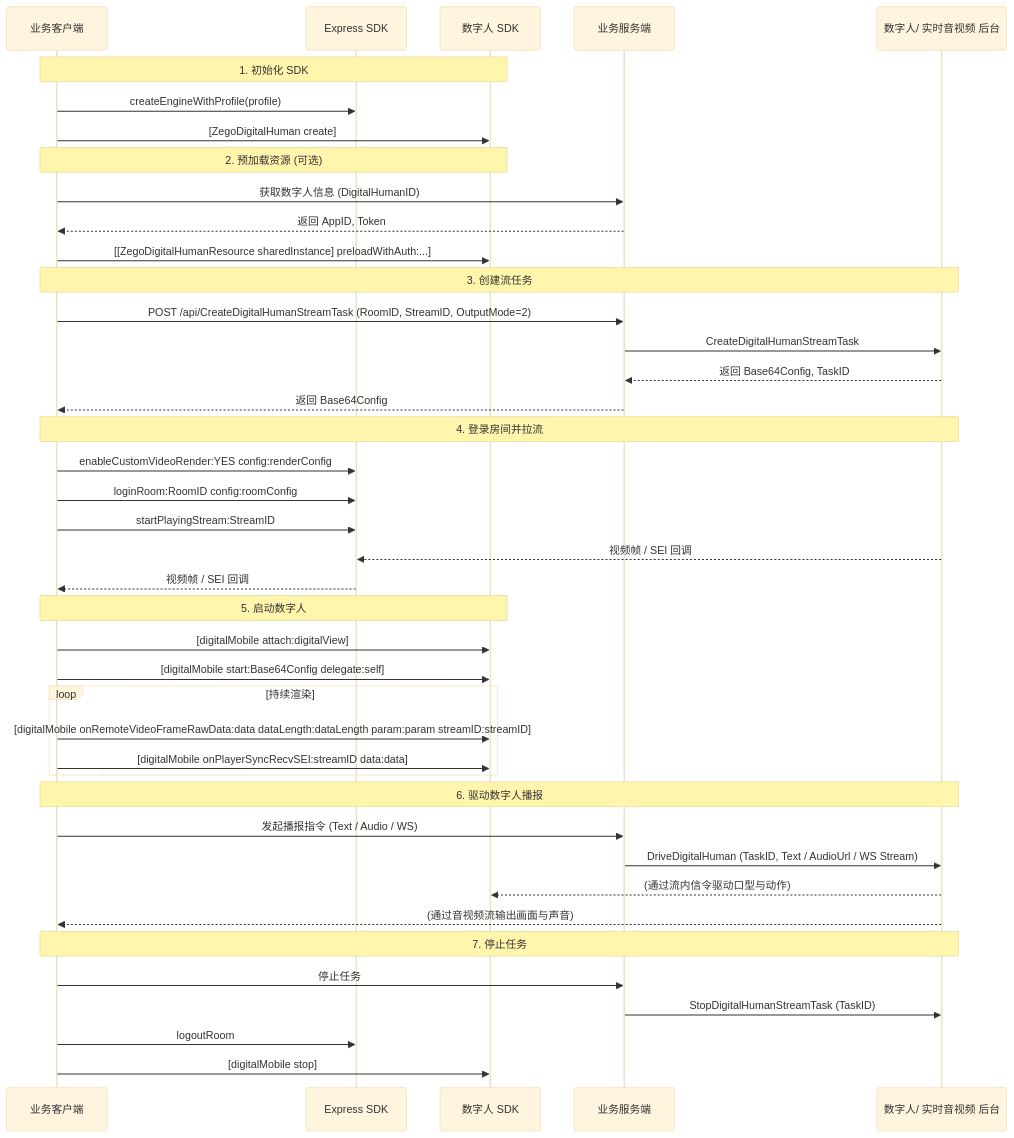
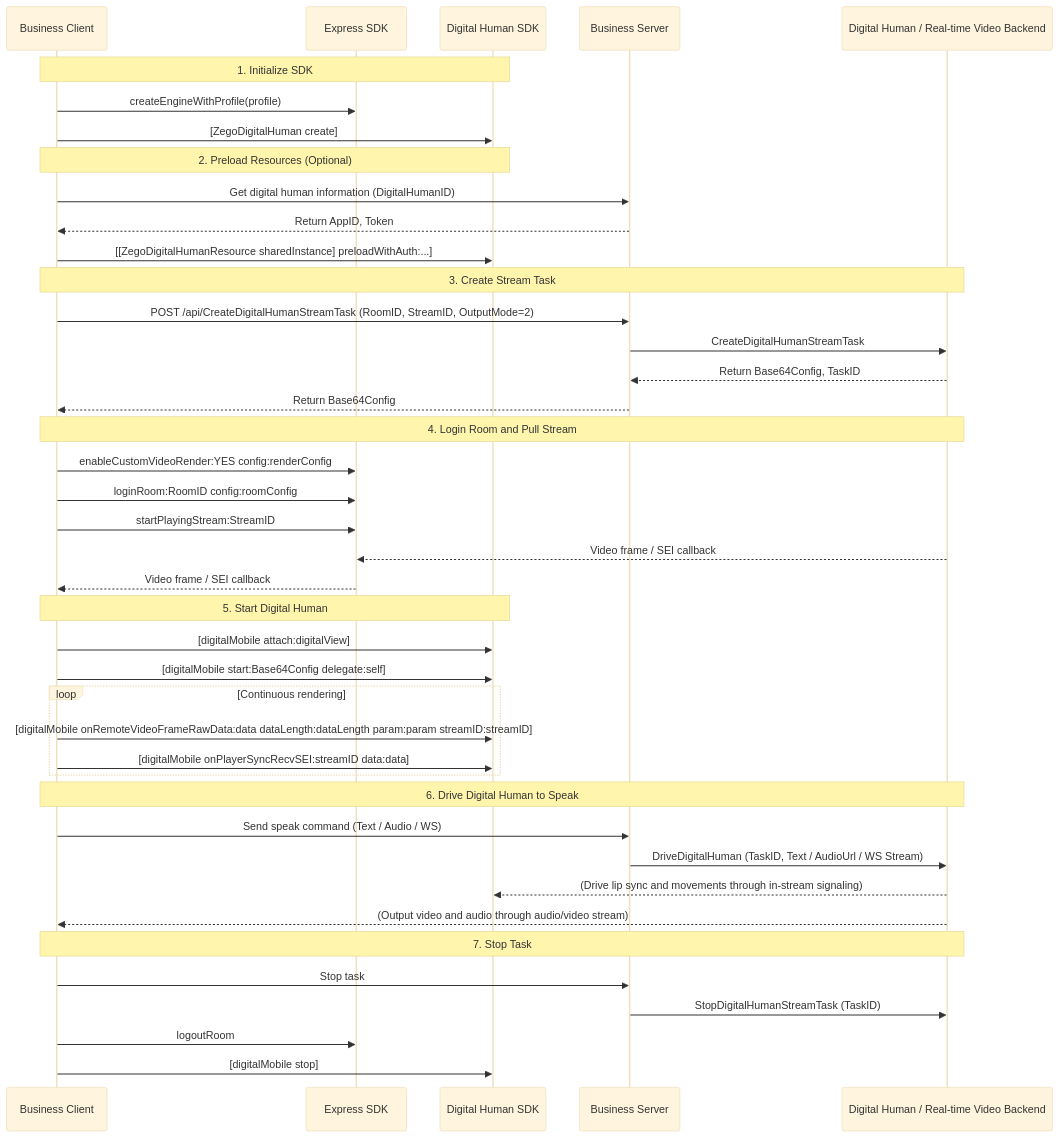
The second of 3 diagrams in core_products/digital-human/en/android/quick-start.mdx (ZEGOCLOUD/docs_all), drawn with Mermaid (base theme) before and after one commit. The commit also changed other lines of this file and 65 other files, not shown here.

First line of the commit message:
DigitalHuman: Translate Chinese docs to English

````diff
--- a/core_products/digital-human/en/android/quick-start.mdx
+++ b/core_products/digital-human/en/android/quick-start.mdx
@@ -143,50 +143,50 @@
 ```mermaid
 sequenceDiagram
-    participant Client as 业务客户端
+    participant Client as Business Client
     participant Express as Express SDK
-    participant DH_SDK as 数字人 SDK
-    participant Server as 业务服务端
-    participant PaaS as 数字人/ 实时音视频 后台
+    participant DH_SDK as Digital Human SDK
+    participant Server as Business Server
+    participant PaaS as Digital Human / Real-time Video Backend
 
-    Note over Client, DH_SDK: 1. 初始化 SDK
+    Note over Client, DH_SDK: 1. Initialize SDK
     Client->>Express: createEngineWithProfile(profile)
     Client->>DH_SDK: [ZegoDigitalHuman create]
 
-    Note over Client, DH_SDK: 2. 预加载资源 (可选)
-    Client->>Server: 获取数字人信息 (DigitalHumanID)
-    Server-->>Client: 返回 AppID, Token
+    Note over Client, DH_SDK: 2. Preload Resources (Optional)
+    Client->>Server: Get digital human information (DigitalHumanID)
+    Server-->>Client: Return AppID, Token
     Client->>DH_SDK: [[ZegoDigitalHumanResource sharedInstance] preloadWithAuth:...]
 
-    Note over Client, PaaS: 3. 创建流任务
+    Note over Client, PaaS: 3. Create Stream Task
     Client->>Server: POST /api/CreateDigitalHumanStreamTask (RoomID, StreamID, OutputMode=2)
     Server->>PaaS: CreateDigitalHumanStreamTask
-    PaaS-->>Server: 返回 Base64Config, TaskID
-    Server-->>Client: 返回 Base64Config
+    PaaS-->>Server: Return Base64Config, TaskID
+    Server-->>Client: Return Base64Config
 
-    Note over Client, PaaS: 4. 登录房间并拉流
+    Note over Client, PaaS: 4. Login Room and Pull Stream
     Client->>Express: enableCustomVideoRender:YES config:renderConfig
     Client->>Express: loginRoom:RoomID config:roomConfig
     Client->>Express: startPlayingStream:StreamID
-    PaaS-->>Express: 视频帧 / SEI 回调
-    Express-->>Client: 视频帧 / SEI 回调
+    PaaS-->>Express: Video frame / SEI callback
+    Express-->>Client: Video frame / SEI callback
 
-    Note over Client, DH_SDK: 5. 启动数字人
+    Note over Client, DH_SDK: 5. Start Digital Human
     Client->>DH_SDK: [digitalMobile attach:digitalView]
     Client->>DH_SDK: [digitalMobile start:Base64Config delegate:self]
-    loop 持续渲染
+    loop Continuous rendering
         Client->>DH_SDK: [digitalMobile onRemoteVideoFrameRawData:data dataLength:dataLength param:param streamID:streamID]
         Client->>DH_SDK: [digitalMobile onPlayerSyncRecvSEI:streamID data:data]
     end
 
-    Note over Client, PaaS: 6. 驱动数字人播报
-    Client->>Server: 发起播报指令 (Text / Audio / WS)
+    Note over Client, PaaS: 6. Drive Digital Human to Speak
+    Client->>Server: Send speak command (Text / Audio / WS)
     Server->>PaaS: DriveDigitalHuman (TaskID, Text / AudioUrl / WS Stream)
-    PaaS-->>DH_SDK: (通过流内信令驱动口型与动作)
-    PaaS-->>Client: (通过音视频流输出画面与声音)
+    PaaS-->>DH_SDK: (Drive lip sync and movements through in-stream signaling)
+    PaaS-->>Client: (Output video and audio through audio/video stream)
 
-    Note over Client, PaaS: 7. 停止任务
-    Client->>Server: 停止任务
+    Note over Client, PaaS: 7. Stop Task
+    Client->>Server: Stop task
     Server->>PaaS: StopDigitalHumanStreamTask (TaskID)
     Client->>Express: logoutRoom
     Client->>DH_SDK: [digitalMobile stop]
 ```
````
